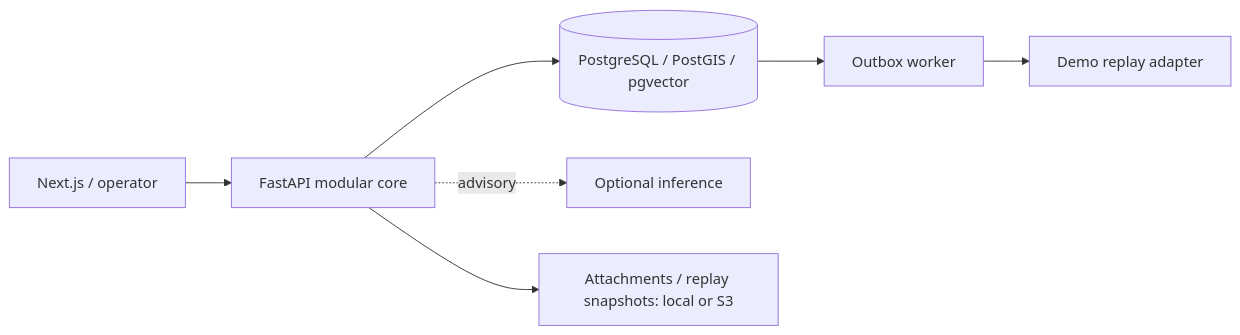
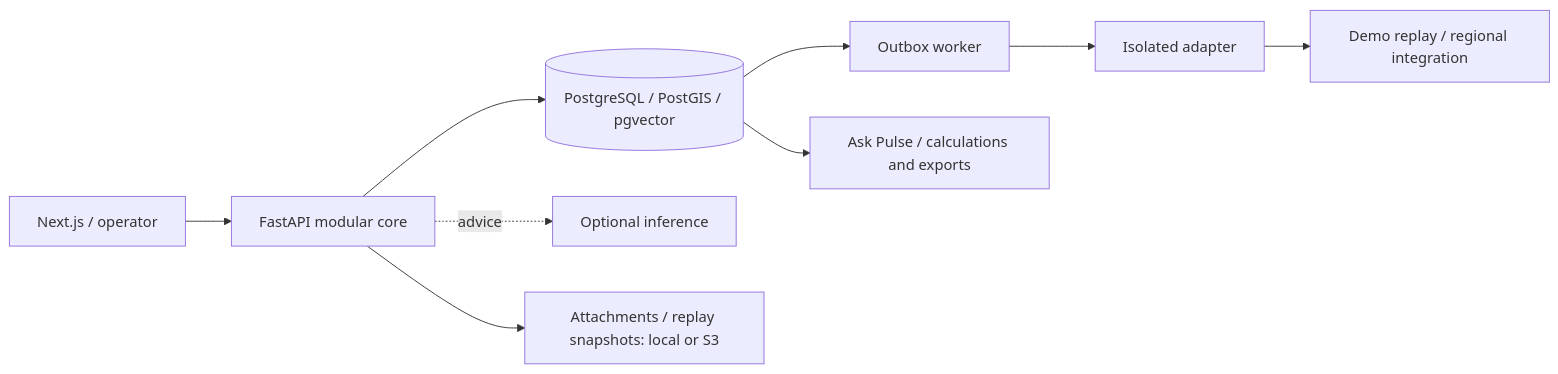
The diagram in README.en.md (BAITC-Hacks/hack-803e2c8f-baash), drawn with Mermaid before and after one commit. The commit also changed other lines of this file and 9 other files, not shown here.

````diff
--- a/README.en.md
+++ b/README.en.md
@@ -103,9 +130,11 @@
 ```mermaid
 flowchart LR
     UI[Next.js / operator] --> API[FastAPI modular core]
     API --> DB[(PostgreSQL / PostGIS / pgvector)]
-    API -. advisory .-> ML[Optional inference]
+    API -. advice .-> ML[Optional inference]
+    API --> O[Attachments / replay snapshots: local or S3]
     DB --> W[Outbox worker]
-    W --> R[Demo replay adapter]
-    API --> O[Attachments / replay snapshots: local or S3]
+    W --> A[Isolated adapter]
+    A --> R[Demo replay / regional integration]
+    DB --> ASK[Ask Pulse / calculations and exports]
 ```
````
